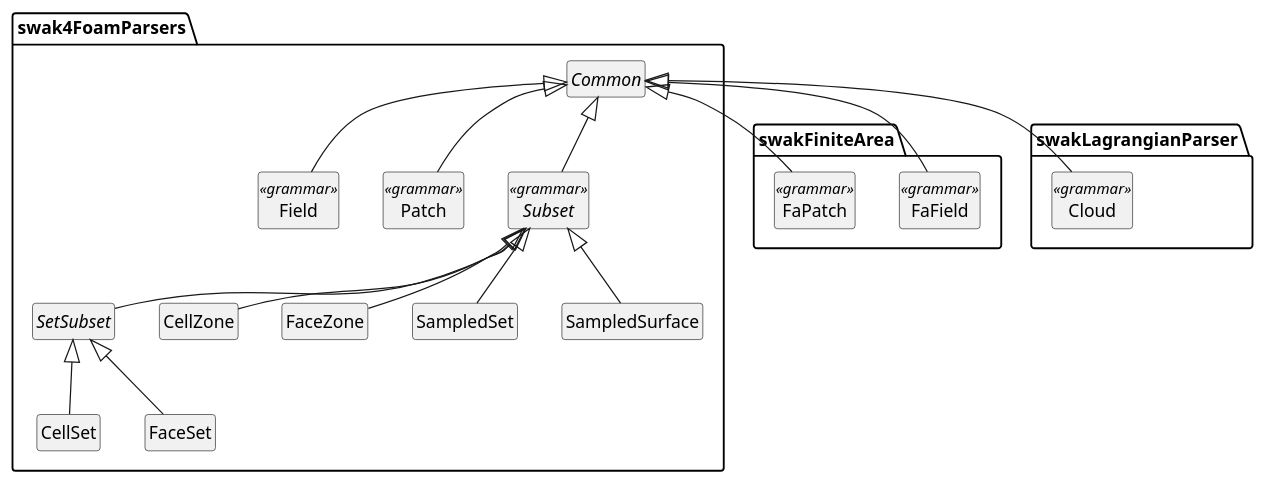
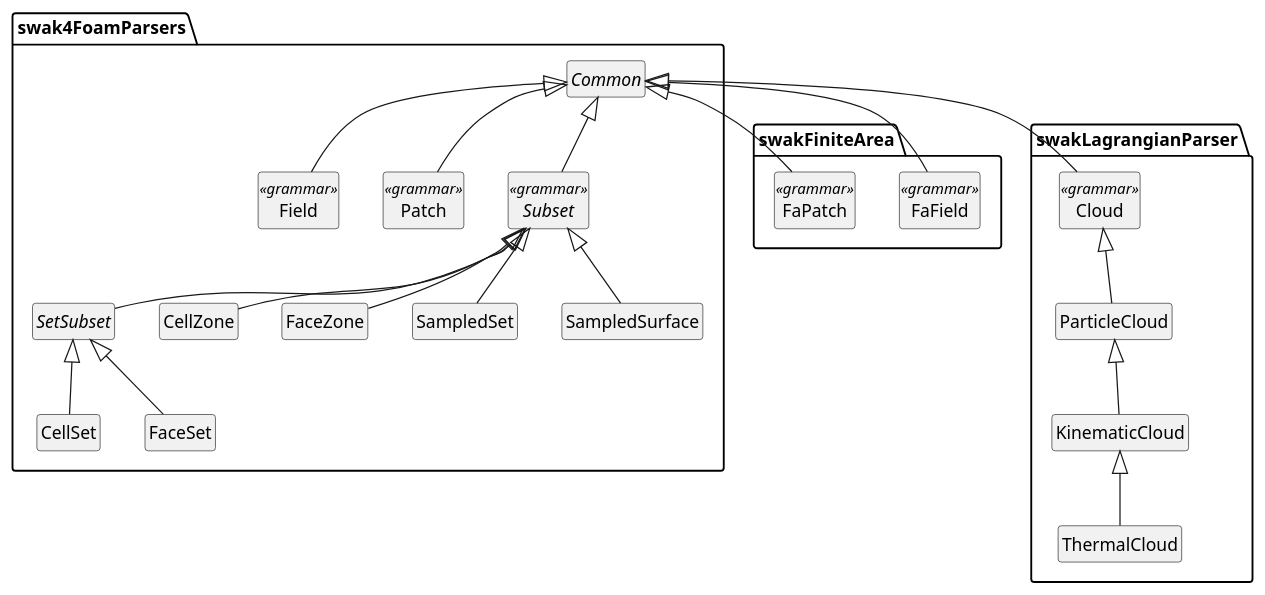
The second of 3 diagrams in Documentation/swak4FoamReference.org (Unofficial-Extend-Project-Mirror/openfoam-extend-swak4Foam-dev), drawn with PlantUML before and after one commit. The commit also changed other lines of this file and 2 other files, not shown here.

Commit message:
Updates to the Docu

```diff
--- a/Documentation/swak4FoamReference.org
+++ b/Documentation/swak4FoamReference.org
@@ -105,38 +107,40 @@
 #+begin_src plantuml :file parserRelationships.png
 package swak4FoamParsers {
 Common <|-- Field
 Common <|-- Patch
 Common <|-- Subset
 Subset <|-- SetSubset
 SetSubset <|-- CellSet
 Subset <|-- CellZone
 SetSubset <|-- FaceSet
 Subset <|-- FaceZone
 Subset <|-- SampledSet
 Subset <|-- SampledSurface
 
 class Field << grammar >>
 class Patch << grammar >>
 abstract class Subset << grammar >>
 abstract class SetSubset
 abstract class Common
 }
 
 package swakFiniteArea {
 Common <|-- FaField
 Common <|-- FaPatch
 
 class FaField << grammar >>
 class FaPatch << grammar >>
 }
 
 package swakLagrangianParser {
 Common <|-- Cloud
-
+Cloud <|-- ParticleCloud
+ParticleCloud <|-- KinematicCloud
+KinematicCloud <|-- ThermalCloud
 class Cloud << grammar >>
 }
 
 hide members
 hide circle
 
 #+end_src
```
